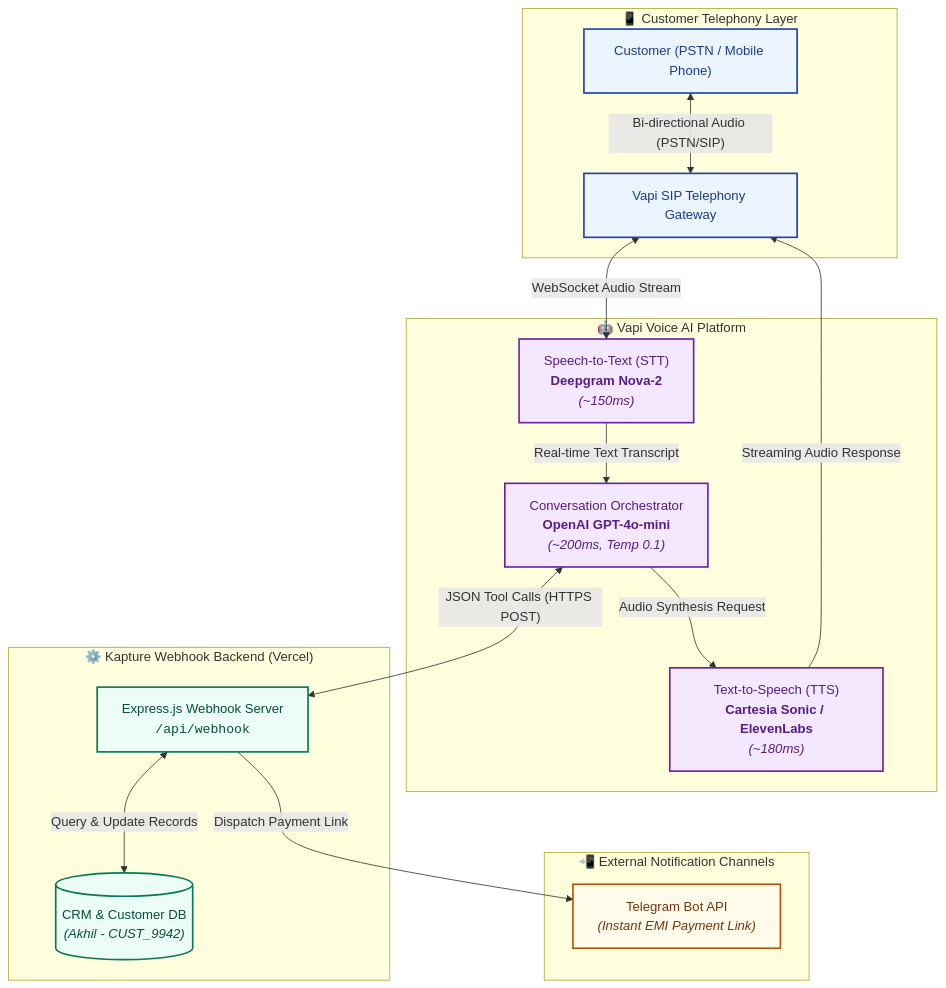
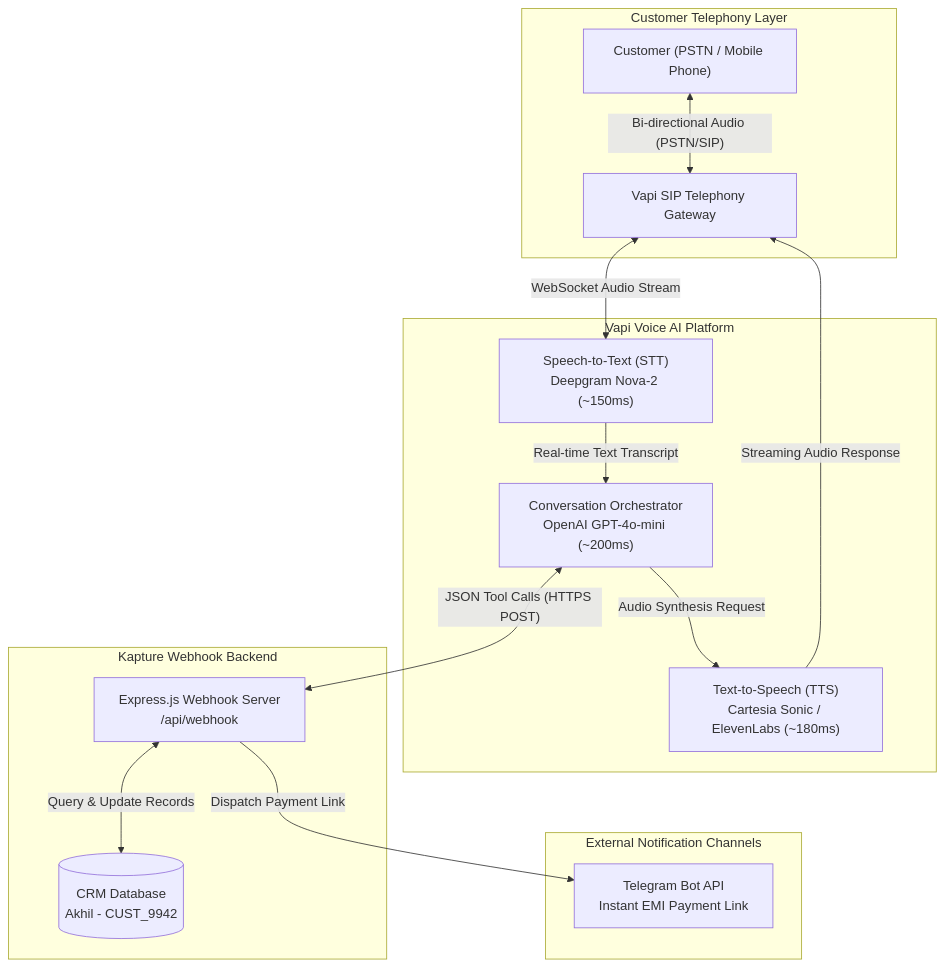
One commit to ALANAK777/kapture_cx_finance_assistant changed the first of 2 diagrams in HLD_Document.md. Above: the diagram before and after it, drawn with Mermaid.

Commit message:
fix(mermaid): sanitize diagram syntax to comply with GitHub Markdown parser

````diff
--- a/HLD_Document.md
+++ b/HLD_Document.md
@@ -19,44 +19,32 @@
 ```mermaid
 flowchart TB
-    subgraph UserLayer["📱 Customer Telephony Layer"]
+    subgraph UserLayer["Customer Telephony Layer"]
         User["Customer (PSTN / Mobile Phone)"]
         Telephony["Vapi SIP Telephony Gateway"]
     end
 
-    subgraph VoiceAICore["🤖 Vapi Voice AI Platform"]
-        STT["Speech-to-Text (STT)<br/><b>Deepgram Nova-2</b><br/><i>(~150ms)</i>"]
-        LLM["Conversation Orchestrator<br/><b>OpenAI GPT-4o-mini</b><br/><i>(~200ms, Temp 0.1)</i>"]
-        TTS["Text-to-Speech (TTS)<br/><b>Cartesia Sonic / ElevenLabs</b><br/><i>(~180ms)</i>"]
+    subgraph VoiceAICore["Vapi Voice AI Platform"]
+        STT["Speech-to-Text (STT)<br/>Deepgram Nova-2 (~150ms)"]
+        LLM["Conversation Orchestrator<br/>OpenAI GPT-4o-mini (~200ms)"]
+        TTS["Text-to-Speech (TTS)<br/>Cartesia Sonic / ElevenLabs (~180ms)"]
     end
 
-    subgraph BackendServices["⚙️ Kapture Webhook Backend (Vercel)"]
-        Webhook["Express.js Webhook Server<br/><code>/api/webhook</code>"]
-        CRMDB[("CRM & Customer DB<br/><i>(Akhil - CUST_9942)</i>")]
+    subgraph BackendServices["Kapture Webhook Backend"]
+        Webhook["Express.js Webhook Server<br/>/api/webhook"]
+        CRMDB[("CRM Database<br/>Akhil - CUST_9942")]
     end
 
-    subgraph ExternalServices["📲 External Notification Channels"]
-        Telegram["Telegram Bot API<br/><i>(Instant EMI Payment Link)</i>"]
+    subgraph ExternalServices["External Notification Channels"]
+        Telegram["Telegram Bot API<br/>Instant EMI Payment Link"]
     end
 
-    %% Connections
     User <-->|"Bi-directional Audio (PSTN/SIP)"| Telephony
     Telephony <-->|"WebSocket Audio Stream"| STT
     STT -->|"Real-time Text Transcript"| LLM
     LLM -->|"Audio Synthesis Request"| TTS
     TTS -->|"Streaming Audio Response"| Telephony
 
     LLM <-->|"JSON Tool Calls (HTTPS POST)"| Webhook
     Webhook <-->|"Query & Update Records"| CRMDB
     Webhook -->|"Dispatch Payment Link"| Telegram
-
-    %% Styling
-    classDef user fill:#EBF5FF,stroke:#1E40AF,stroke-width:2px,color:#1E3A8A;
-    classDef vapi fill:#F3E8FF,stroke:#6B21A8,stroke-width:2px,color:#581C87;
-    classDef backend fill:#ECFDF5,stroke:#047857,stroke-width:2px,color:#064E3B;
-    classDef channel fill:#FFFBEB,stroke:#B45309,stroke-width:2px,color:#78350F;
-
-    class User,Telephony user;
-    class STT,LLM,TTS vapi;
-    class Webhook,CRMDB backend;
-    class Telegram channel;
 ```
````
